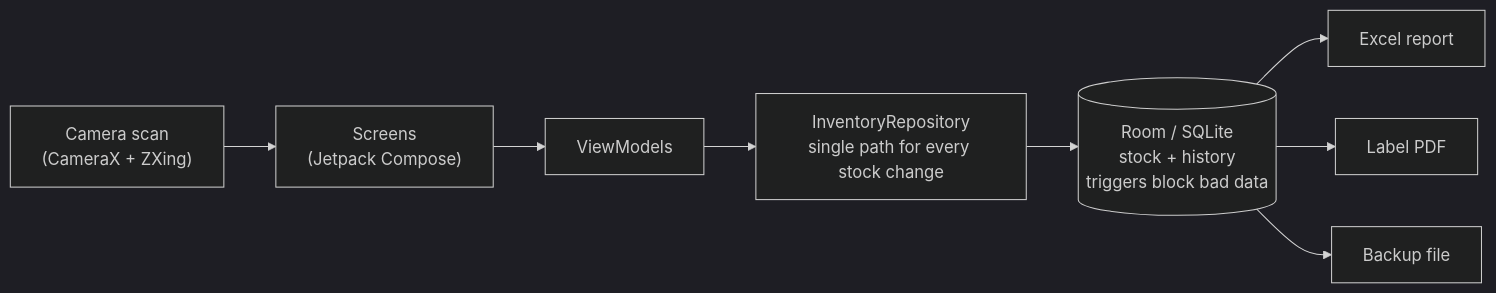
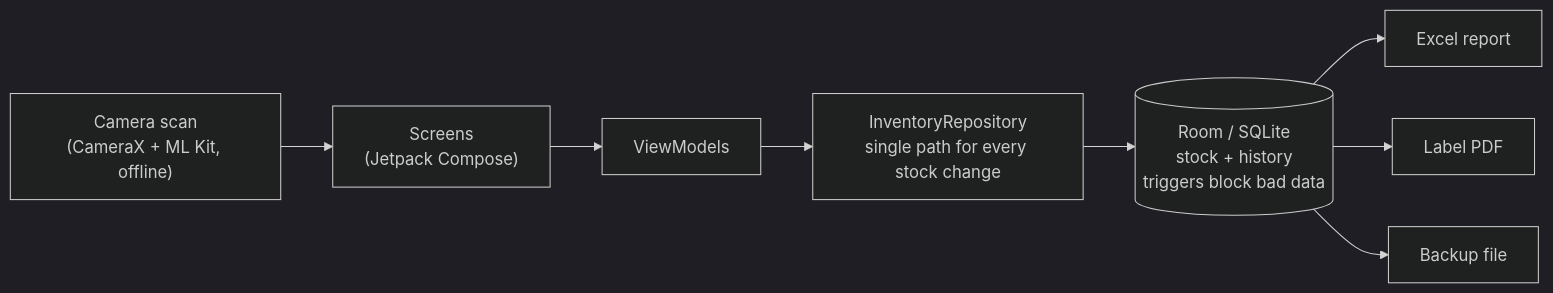
One commit to dhyanagni2001-commits/CNCC_Inventory_Android changed the first of 2 diagrams in README.md. Above: the diagram before and after it, drawn with Mermaid (dark theme). The commit also changed other lines of this file and 7 other files, not shown here.

````diff
--- a/README.md
+++ b/README.md
@@ -16,10 +22,10 @@
 ```mermaid
 flowchart LR
-    Cam["Camera scan<br/>(CameraX + ZXing)"] --> UI
+    Cam["Camera scan<br/>(CameraX + ML Kit, offline)"] --> UI
     UI["Screens<br/>(Jetpack Compose)"] --> VM[ViewModels]
     VM --> Repo["InventoryRepository<br/>single path for every stock change"]
     Repo --> DB[("Room / SQLite<br/>stock + history<br/>triggers block bad data")]
     DB --> Excel[Excel report]
     DB --> Labels[Label PDF]
     DB --> Backup[Backup file]
 ```
````
